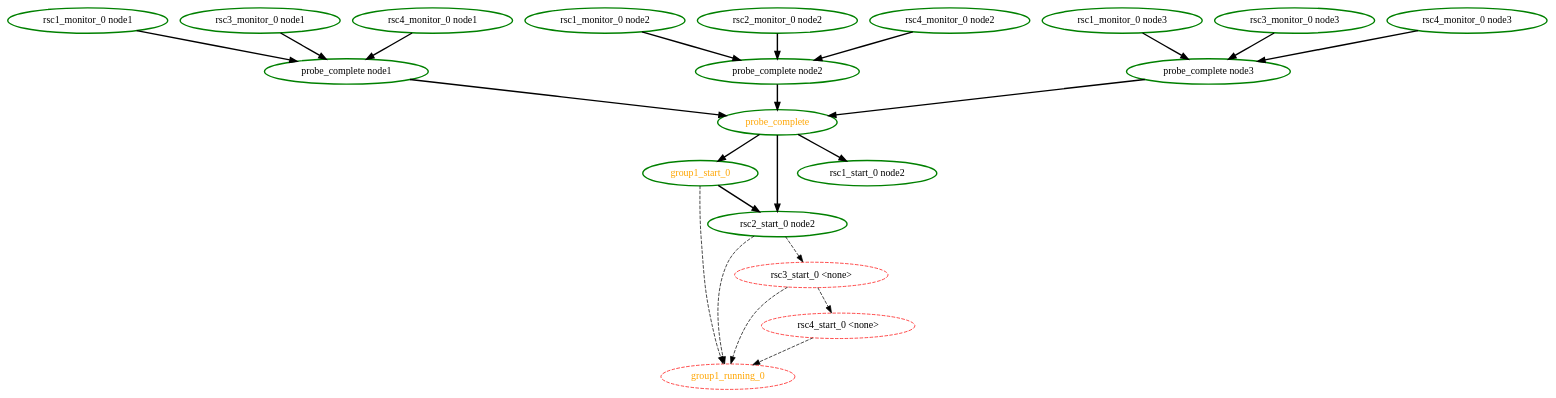
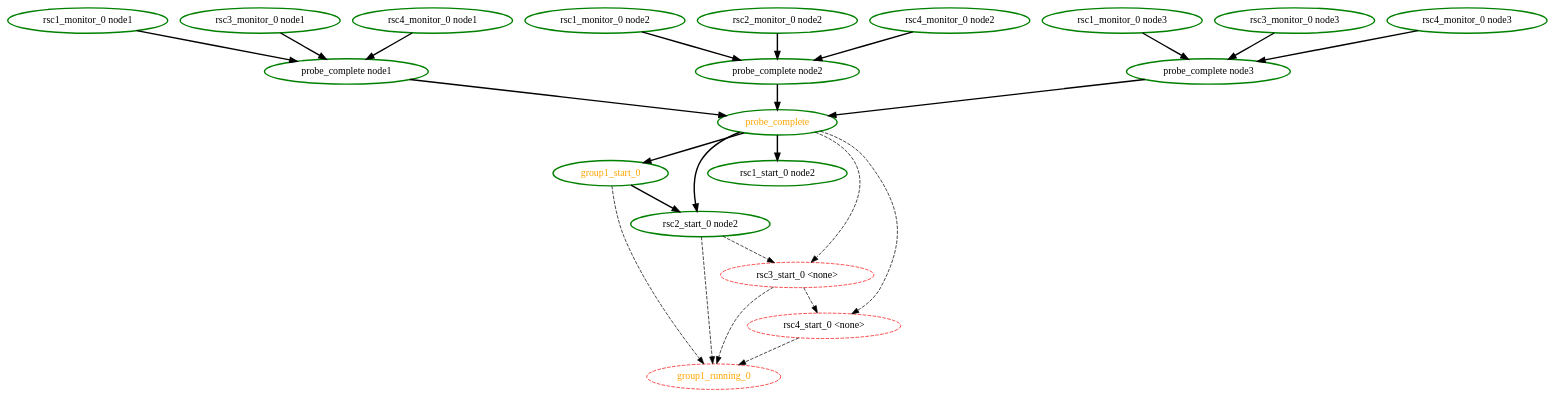
Before and after one commit to linux-ha-japan/pm_diskd: the diagram in pengine/testcases/coloc-group.dot, drawn with Graphviz. The commit also changed 183 other files, not shown here.

```diff
--- a/pengine/testcases/coloc-group.dot
+++ b/pengine/testcases/coloc-group.dot
@@ -1,43 +1,45 @@
 digraph "g" {
 "group1_running_0" [ style=dashed color="red" fontcolor="orange"  ]
 "group1_start_0" -> "group1_running_0" [ style = dashed]
 "group1_start_0" -> "rsc2_start_0 node2" [ style = bold]
 "group1_start_0" [ style=bold color="green" fontcolor="orange"  ]
 "probe_complete node1" -> "probe_complete" [ style = bold]
 "probe_complete node1" [ style=bold color="green" fontcolor="black"  ]
 "probe_complete node2" -> "probe_complete" [ style = bold]
 "probe_complete node2" [ style=bold color="green" fontcolor="black"  ]
 "probe_complete node3" -> "probe_complete" [ style = bold]
 "probe_complete node3" [ style=bold color="green" fontcolor="black"  ]
 "probe_complete" -> "group1_start_0" [ style = bold]
 "probe_complete" -> "rsc1_start_0 node2" [ style = bold]
 "probe_complete" -> "rsc2_start_0 node2" [ style = bold]
+"probe_complete" -> "rsc3_start_0 <none>" [ style = dashed]
+"probe_complete" -> "rsc4_start_0 <none>" [ style = dashed]
 "probe_complete" [ style=bold color="green" fontcolor="orange"  ]
 "rsc1_monitor_0 node1" -> "probe_complete node1" [ style = bold]
 "rsc1_monitor_0 node1" [ style=bold color="green" fontcolor="black"  ]
 "rsc1_monitor_0 node2" -> "probe_complete node2" [ style = bold]
 "rsc1_monitor_0 node2" [ style=bold color="green" fontcolor="black"  ]
 "rsc1_monitor_0 node3" -> "probe_complete node3" [ style = bold]
 "rsc1_monitor_0 node3" [ style=bold color="green" fontcolor="black"  ]
 "rsc1_start_0 node2" [ style=bold color="green" fontcolor="black"  ]
 "rsc2_monitor_0 node2" -> "probe_complete node2" [ style = bold]
 "rsc2_monitor_0 node2" [ style=bold color="green" fontcolor="black"  ]
 "rsc2_start_0 node2" -> "group1_running_0" [ style = dashed]
 "rsc2_start_0 node2" -> "rsc3_start_0 <none>" [ style = dashed]
 "rsc2_start_0 node2" [ style=bold color="green" fontcolor="black"  ]
 "rsc3_monitor_0 node1" -> "probe_complete node1" [ style = bold]
 "rsc3_monitor_0 node1" [ style=bold color="green" fontcolor="black"  ]
 "rsc3_monitor_0 node3" -> "probe_complete node3" [ style = bold]
 "rsc3_monitor_0 node3" [ style=bold color="green" fontcolor="black"  ]
 "rsc3_start_0 <none>" -> "group1_running_0" [ style = dashed]
 "rsc3_start_0 <none>" -> "rsc4_start_0 <none>" [ style = dashed]
 "rsc3_start_0 <none>" [ style=dashed color="red" fontcolor="black"  ]
 "rsc4_monitor_0 node1" -> "probe_complete node1" [ style = bold]
 "rsc4_monitor_0 node1" [ style=bold color="green" fontcolor="black"  ]
 "rsc4_monitor_0 node2" -> "probe_complete node2" [ style = bold]
 "rsc4_monitor_0 node2" [ style=bold color="green" fontcolor="black"  ]
 "rsc4_monitor_0 node3" -> "probe_complete node3" [ style = bold]
 "rsc4_monitor_0 node3" [ style=bold color="green" fontcolor="black"  ]
 "rsc4_start_0 <none>" -> "group1_running_0" [ style = dashed]
 "rsc4_start_0 <none>" [ style=dashed color="red" fontcolor="black"  ]
 }
```
